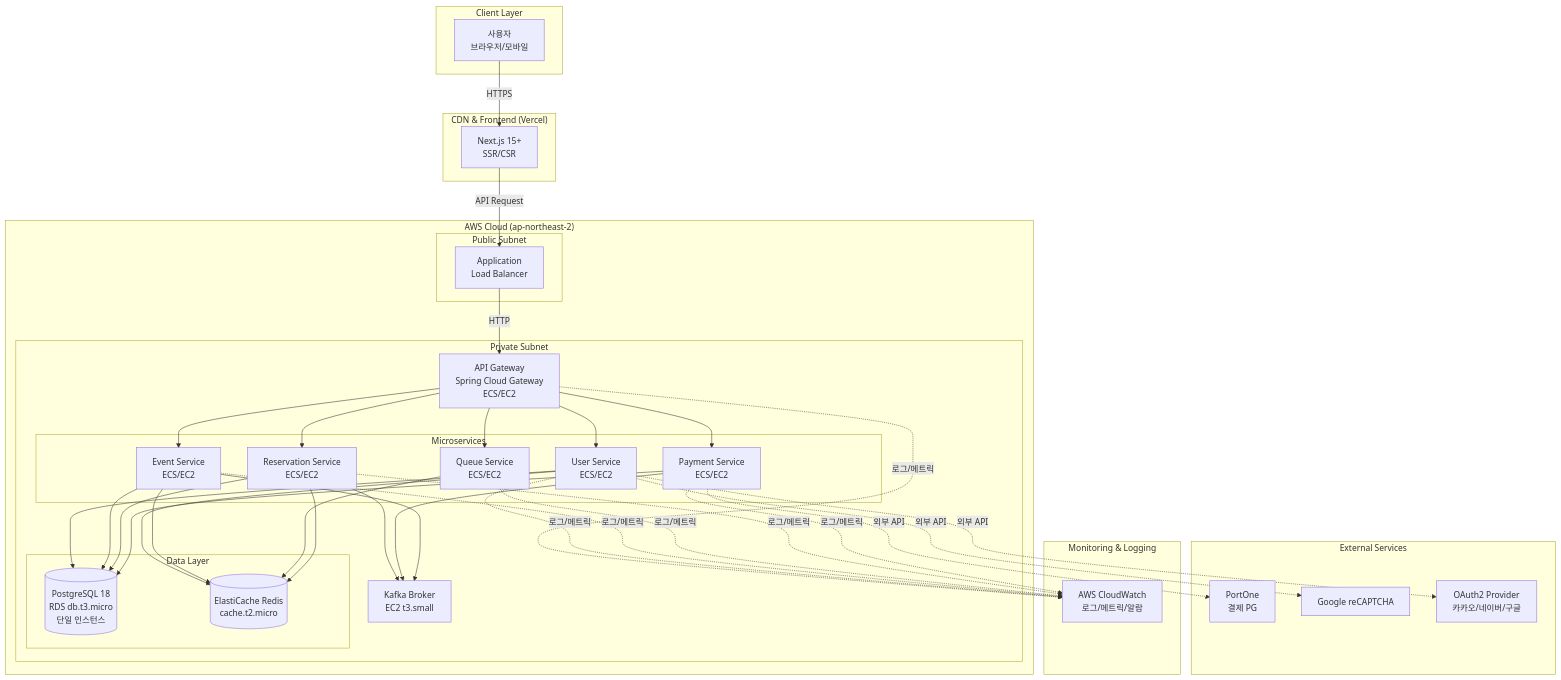
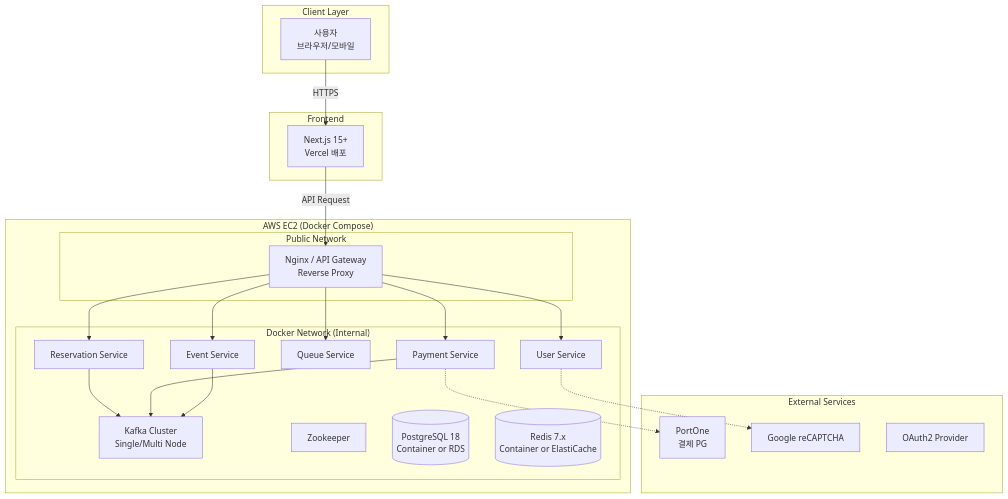
Before and after one commit to paircoders/ticket-queue: the diagram in docs/architecture/03_infrastructure.md, drawn with Mermaid. The commit also changed other lines of this file and 13 other files, not shown here.

````diff
--- a/docs/architecture/03_infrastructure.md
+++ b/docs/architecture/03_infrastructure.md
@@ -7,79 +12,51 @@
 ```mermaid
 graph TB
     subgraph "Client Layer"
         User[사용자<br/>브라우저/모바일]
     end
 
-    subgraph "CDN & Frontend (Vercel)"
-        NextJS[Next.js 15+<br/>SSR/CSR]
+    subgraph "Frontend"
+        NextJS[Next.js 15+<br/>Vercel 배포]
     end
 
-    subgraph "AWS Cloud (ap-northeast-2)"
-        subgraph "Public Subnet"
-            ALB[Application<br/>Load Balancer]
+    subgraph "AWS EC2 (Docker Compose)"
+        subgraph "Public Network"
+            Nginx[Nginx / API Gateway<br/>Reverse Proxy]
         end
 
-        subgraph "Private Subnet"
-            Gateway[API Gateway<br/>Spring Cloud Gateway<br/>ECS/EC2]
+        subgraph "Docker Network (Internal)"
+            User_Svc[User Service]
+            Event_Svc[Event Service]
+            Queue_Svc[Queue Service]
+            Reservation_Svc[Reservation Service]
+            Payment_Svc[Payment Service]
 
-            subgraph "Microservices"
-                User_Svc[User Service<br/>ECS/EC2]
-                Event_Svc[Event Service<br/>ECS/EC2]
-                Queue_Svc[Queue Service<br/>ECS/EC2]
-                Reservation_Svc[Reservation Service<br/>ECS/EC2]
-                Payment_Svc[Payment Service<br/>ECS/EC2]
-            end
-
-            Kafka[Kafka Broker<br/>EC2 t3.small]
-
-            subgraph "Data Layer"
-                RDS[(PostgreSQL 18<br/>RDS db.t3.micro<br/>단일 인스턴스)]
-                Redis[(ElastiCache Redis<br/>cache.t2.micro)]
-            end
+            Kafka[Kafka Cluster<br/>Single/Multi Node]
+            Zookeeper[Zookeeper]
+            
+            RDS[(PostgreSQL 18<br/>Container or RDS)]
+            Redis[(Redis 7.x<br/>Container or ElastiCache)]
         end
     end
 
     subgraph "External Services"
         PortOne[PortOne<br/>결제 PG]
         reCAPTCHA[Google reCAPTCHA]
-        OAuth2[OAuth2 Provider<br/>카카오/네이버/구글]
-    end
-
-    subgraph "Monitoring & Logging"
-        CloudWatch[AWS CloudWatch<br/>로그/메트릭/알람]
+        OAuth2[OAuth2 Provider]
     end
 
     User -->|HTTPS| NextJS
-    NextJS -->|API Request| ALB
-    ALB -->|HTTP| Gateway
-    Gateway --> User_Svc
-    Gateway --> Event_Svc
-    Gateway --> Queue_Svc
-    Gateway --> Reservation_Svc
-    Gateway --> Payment_Svc
-
-    User_Svc --> RDS
-    Event_Svc --> RDS
-    Reservation_Svc --> RDS
-    Payment_Svc --> RDS
-
-    User_Svc --> Redis
-    Event_Svc --> Redis
-    Queue_Svc --> Redis
-    Reservation_Svc --> Redis
+    NextJS -->|API Request| Nginx
+    Nginx --> User_Svc
+    Nginx --> Event_Svc
+    Nginx --> Queue_Svc
+    Nginx --> Reservation_Svc
+    Nginx --> Payment_Svc
 
     Reservation_Svc --> Kafka
     Payment_Svc --> Kafka
     Event_Svc --> Kafka
 
-    User_Svc -.외부 API.-> reCAPTCHA
-    User_Svc -.외부 API.-> OAuth2
-    Payment_Svc -.외부 API.-> PortOne
-
-    Gateway -.로그/메트릭.-> CloudWatch
-    User_Svc -.로그/메트릭.-> CloudWatch
-    Event_Svc -.로그/메트릭.-> CloudWatch
-    Queue_Svc -.로그/메트릭.-> CloudWatch
-    Reservation_Svc -.로그/메트릭.-> CloudWatch
-    Payment_Svc -.로그/메트릭.-> CloudWatch
+    User_Svc -.-> reCAPTCHA
+    Payment_Svc -.-> PortOne
 ```
````
